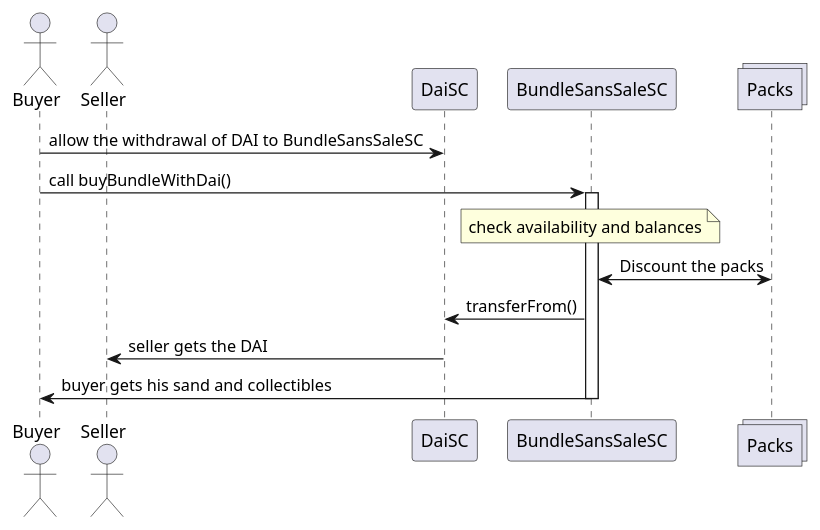
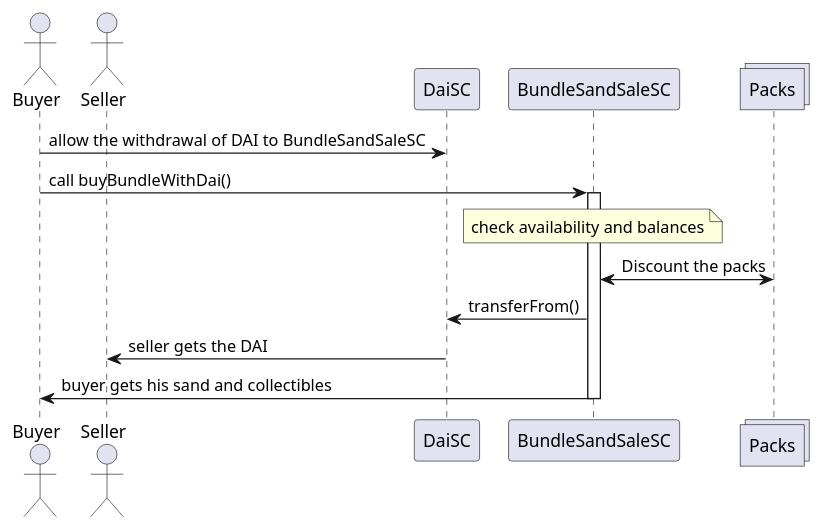
One commit to thesandboxgame/sandbox-smart-contracts changed the third of 5 diagrams in docs/topics/sand/bundle-sand-sale.md. Above: the diagram before and after it, drawn with PlantUML. The commit also changed other lines of this file and 1 other file, not shown here.

````diff
--- a/docs/topics/sand/bundle-sand-sale.md
+++ b/docs/topics/sand/bundle-sand-sale.md
@@ -120,17 +120,17 @@
 ```plantuml
 actor Buyer
 actor Seller
 participant DaiSC
-participant BundleSansSaleSC
+participant BundleSandSaleSC
 collections Packs
 
-"Buyer" -> "DaiSC": allow the withdrawal of DAI to BundleSansSaleSC  
-"Buyer" -> "BundleSansSaleSC": call buyBundleWithDai()
-activate BundleSansSaleSC
-note over BundleSansSaleSC: check availability and balances
-"BundleSansSaleSC" <-> "Packs": Discount the packs
-"BundleSansSaleSC" -> "DaiSC": transferFrom()
+"Buyer" -> "DaiSC": allow the withdrawal of DAI to BundleSandSaleSC  
+"Buyer" -> "BundleSandSaleSC": call buyBundleWithDai()
+activate BundleSandSaleSC
+note over BundleSandSaleSC: check availability and balances
+"BundleSandSaleSC" <-> "Packs": Discount the packs
+"BundleSandSaleSC" -> "DaiSC": transferFrom()
 "DaiSC" -> "Seller": seller gets the DAI
-"BundleSansSaleSC" -> "Buyer": buyer gets his sand and collectibles
-deactivate BundleSansSaleSC
+"BundleSandSaleSC" -> "Buyer": buyer gets his sand and collectibles
+deactivate BundleSandSaleSC
 ```
````
